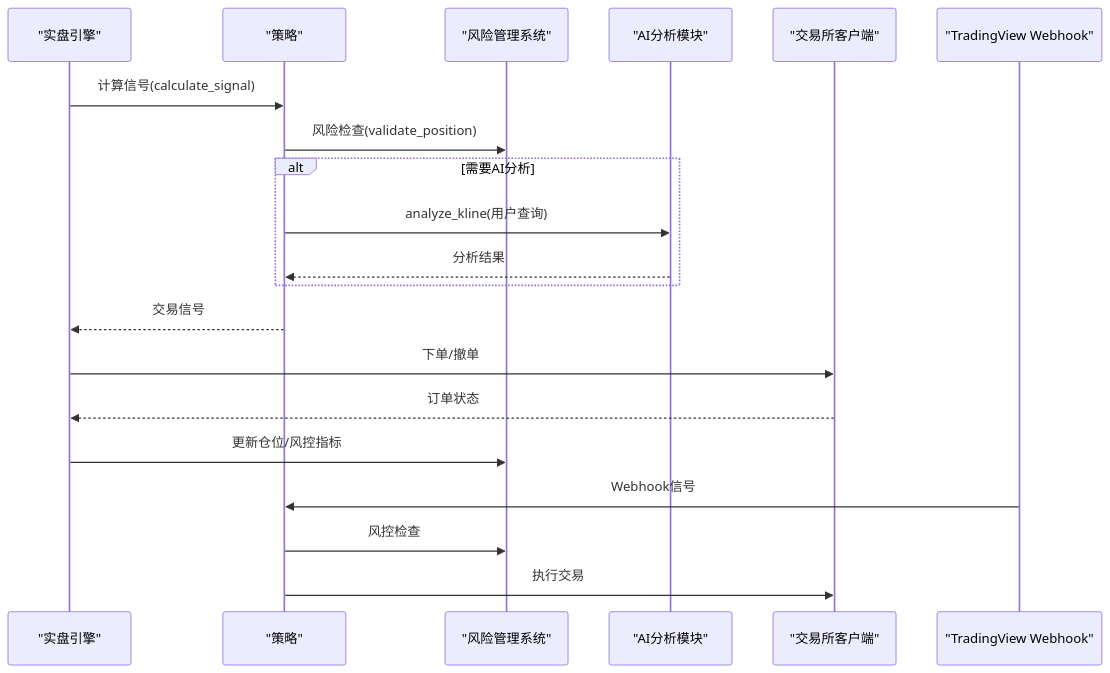
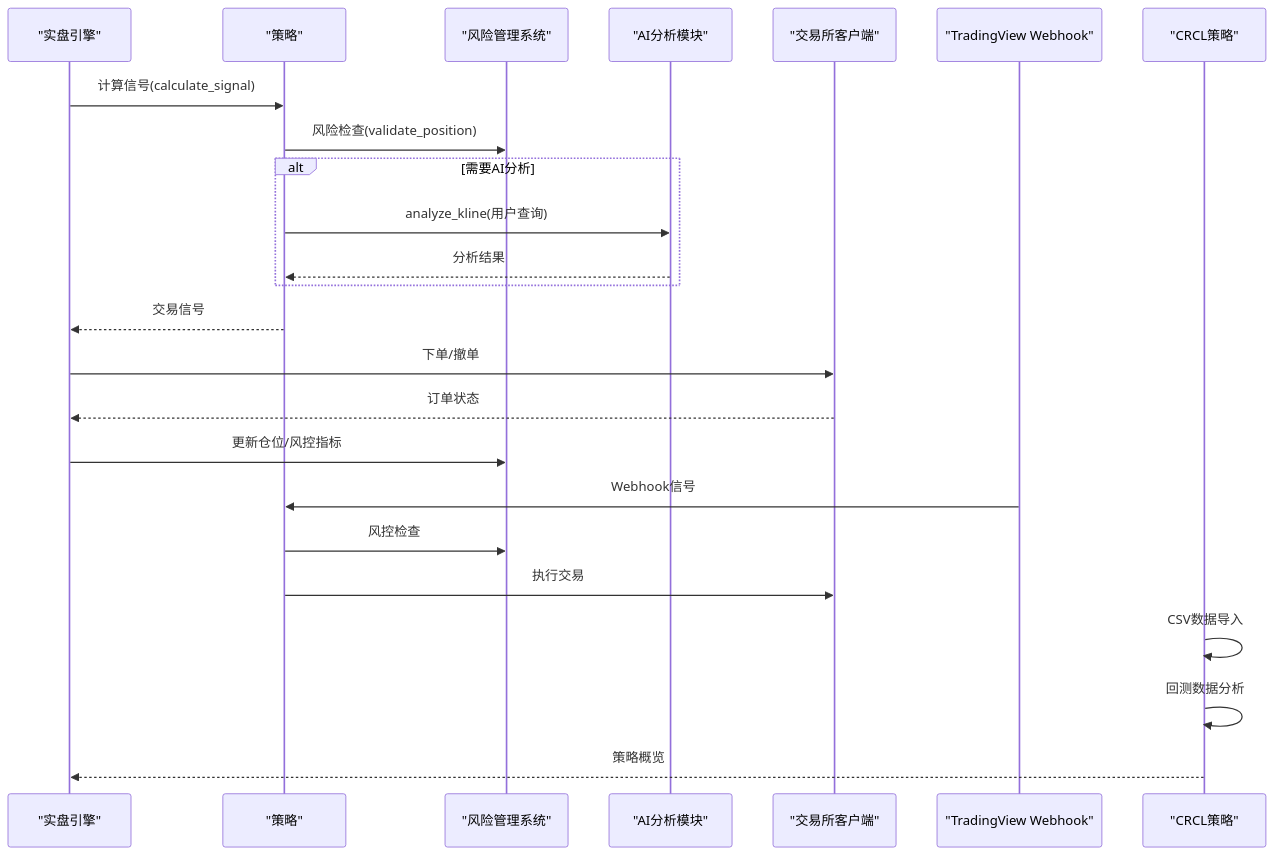
Before and after one commit to zyf266/ending: the second of 11 diagrams in .qoder/repowiki/zh/content/核心模块详解/策略框架/具体策略实现/具体策略实现.md, drawn with Mermaid. The commit also changed other lines of this file and 60 other files, not shown here.

````diff
--- a/.qoder/repowiki/zh/content/核心模块详解/策略框架/具体策略实现/具体策略实现.md
+++ b/.qoder/repowiki/zh/content/核心模块详解/策略框架/具体策略实现/具体策略实现.md
@@ -113,22 +122,26 @@
 ```mermaid
 sequenceDiagram
 participant Engine as "实盘引擎"
 participant Strat as "策略"
 participant Risk as "风险管理系统"
 participant AI as "AI分析模块"
 participant Exec as "交易所客户端"
 participant TV as "TradingView Webhook"
+participant CRCL as "CRCL策略"
 Engine->>Strat : 计算信号(calculate_signal)
 Strat->>Risk : 风险检查(validate_position)
 alt 需要AI分析
 Strat->>AI : analyze_kline(用户查询)
 AI-->>Strat : 分析结果
 end
 Strat-->>Engine : 交易信号
 Engine->>Exec : 下单/撤单
 Exec-->>Engine : 订单状态
 Engine->>Risk : 更新仓位/风控指标
 TV->>Strat : Webhook信号
 Strat->>Risk : 风控检查
 Strat->>Exec : 执行交易
+CRCL->>CRCL : CSV数据导入
+CRCL->>CRCL : 回测数据分析
+CRCL-->>Engine : 策略概览
 ```
````
